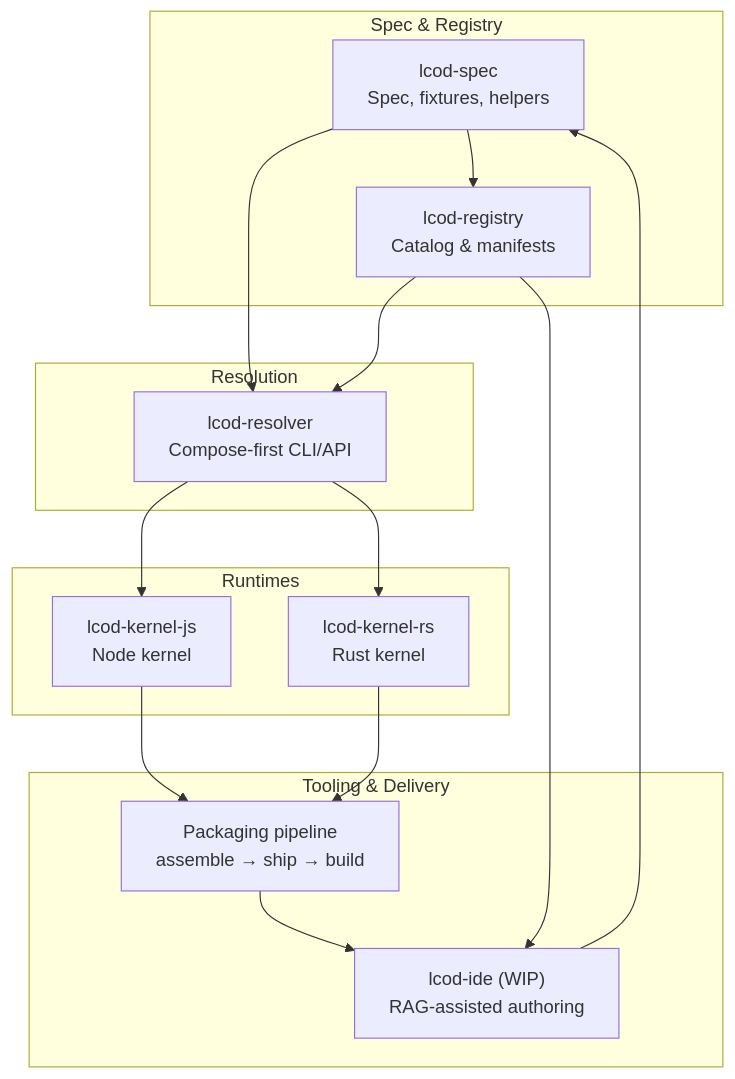
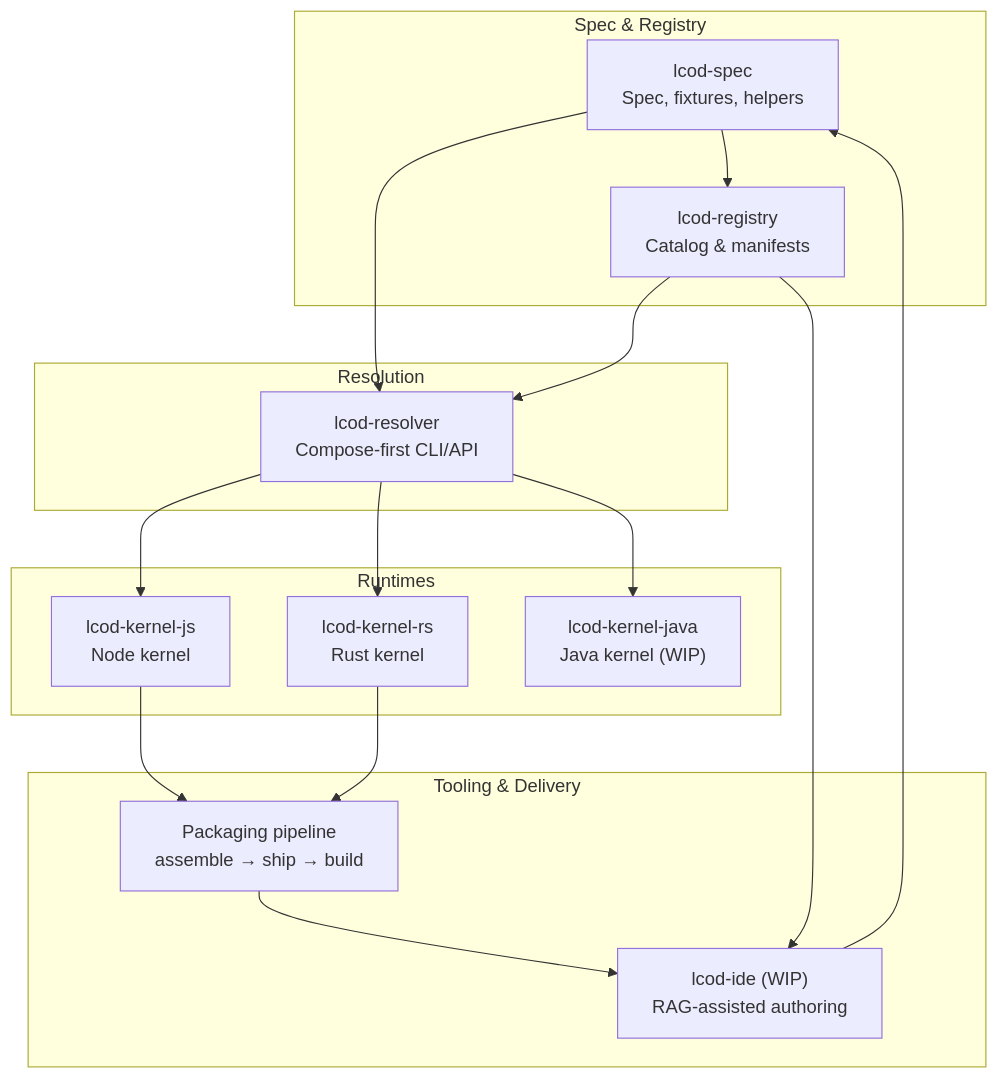
The first of 2 diagrams in OVERVIEW.md (lcod-team/lcod-spec), drawn with Mermaid before and after one commit. The commit also changed other lines of this file and 11 other files, not shown here.

````diff
--- a/OVERVIEW.md
+++ b/OVERVIEW.md
@@ -23,28 +23,30 @@
 ```mermaid
 flowchart TD
     subgraph "Spec & Registry"
         spec["lcod-spec<br/>Spec, fixtures, helpers"]
         registry["lcod-registry<br/>Catalog & manifests"]
     end
     subgraph "Resolution"
         resolver["lcod-resolver<br/>Compose-first CLI/API"]
     end
     subgraph "Runtimes"
         kernelJS["lcod-kernel-js<br/>Node kernel"]
         kernelRS["lcod-kernel-rs<br/>Rust kernel"]
+        kernelJava["lcod-kernel-java<br/>Java kernel (WIP)"]
     end
     subgraph "Tooling & Delivery"
         packaging["Packaging pipeline<br/>assemble → ship → build"]
         ide["lcod-ide (WIP)<br/>RAG-assisted authoring"]
     end
     spec --> registry
     spec --> resolver
     registry --> resolver
     resolver --> kernelJS
     resolver --> kernelRS
+    resolver --> kernelJava
     kernelJS --> packaging
     kernelRS --> packaging
     packaging --> ide
     ide --> spec
     registry --> ide
 ```
````
